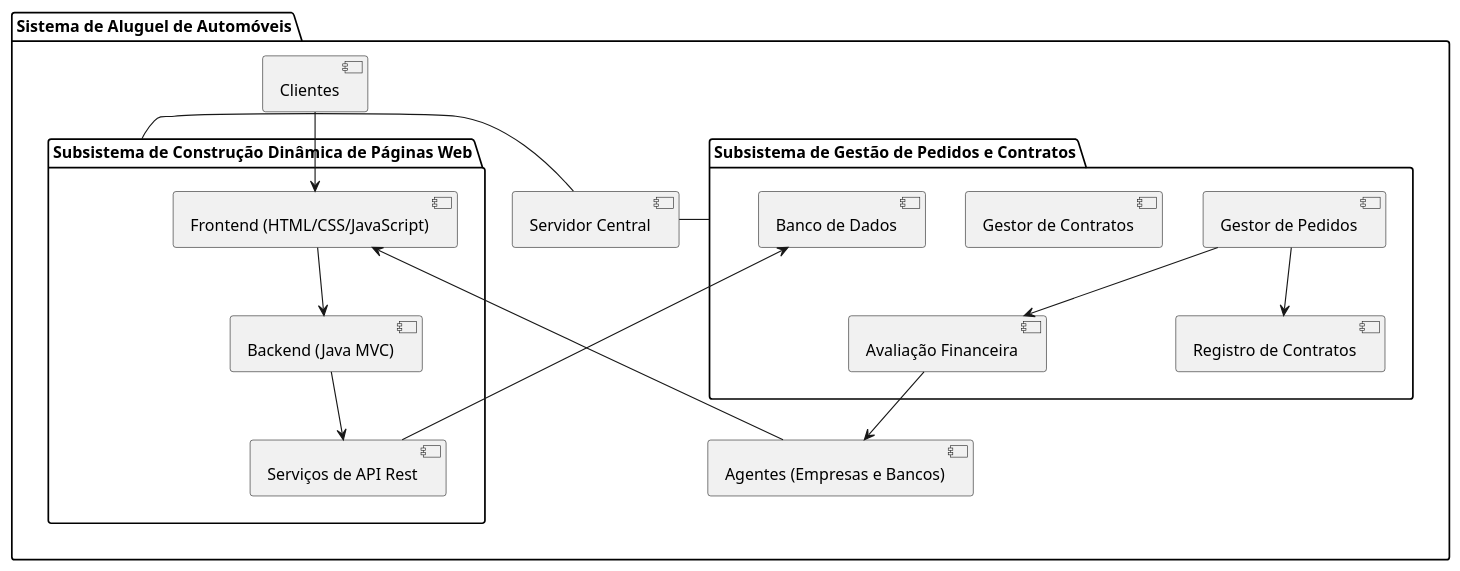
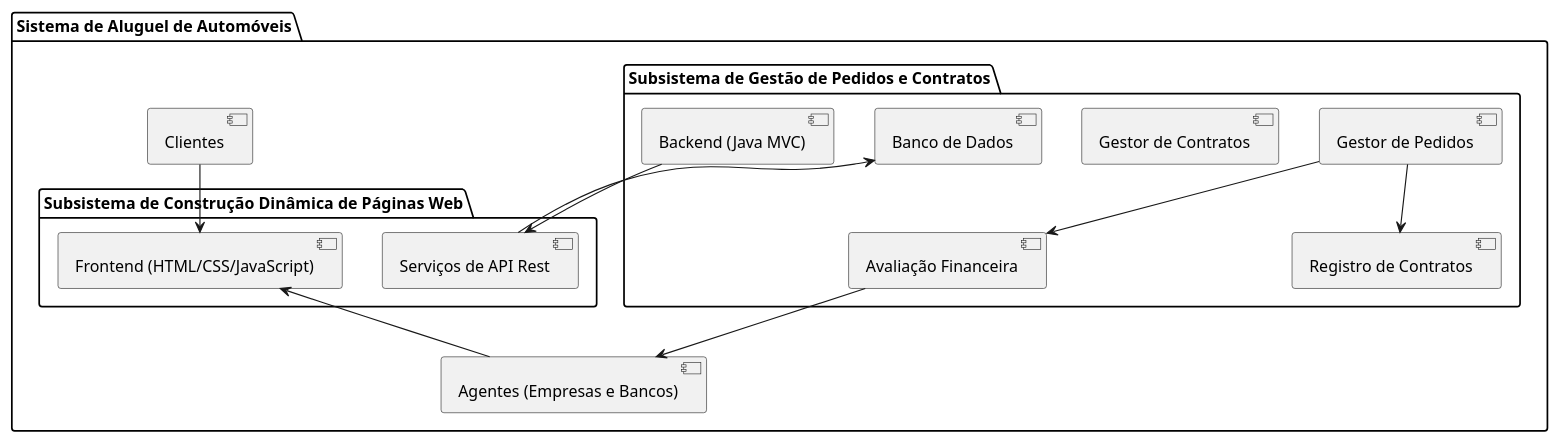
The diagram in project/diagrams/ComponentDiagram.puml (liviabontempol/LDS-projeto2), drawn with PlantUML before and after one commit.

```diff
--- a/project/diagrams/ComponentDiagram.puml
+++ b/project/diagrams/ComponentDiagram.puml
@@ -1,31 +1,29 @@
 @startuml
 package "Sistema de Aluguel de Automóveis" {
 
-  [Servidor Central] - [Subsistema de Gestão de Pedidos e Contratos]
-  [Servidor Central] - [Subsistema de Construção Dinâmica de Páginas Web]
-
+ 
   package "Subsistema de Gestão de Pedidos e Contratos" {
     [Gestor de Pedidos] 
     [Gestor de Contratos]
     [Avaliação Financeira] 
     [Registro de Contratos]
     [Banco de Dados]
+    [Backend (Java MVC)]
   }
 
   package "Subsistema de Construção Dinâmica de Páginas Web" {
     [Frontend (HTML/CSS/JavaScript)]
-    [Backend (Java MVC)]
     [Serviços de API Rest]
     [Banco de Dados]
   }
 
   [Clientes] --> [Frontend (HTML/CSS/JavaScript)]
   [Agentes (Empresas e Bancos)] --> [Frontend (HTML/CSS/JavaScript)]
-  [Frontend (HTML/CSS/JavaScript)] --> [Backend (Java MVC)]
+ 
   [Backend (Java MVC)] --> [Serviços de API Rest]
   [Serviços de API Rest] --> [Banco de Dados]
   [Gestor de Pedidos] --> [Registro de Contratos]
   [Gestor de Pedidos] --> [Avaliação Financeira]
   [Avaliação Financeira] --> [Agentes (Empresas e Bancos)]
 }
 @enduml
```
